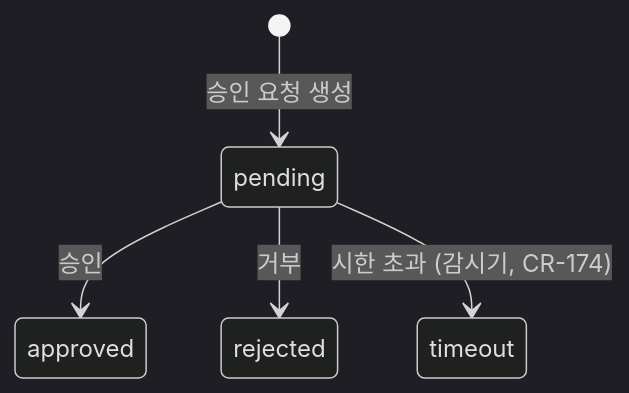
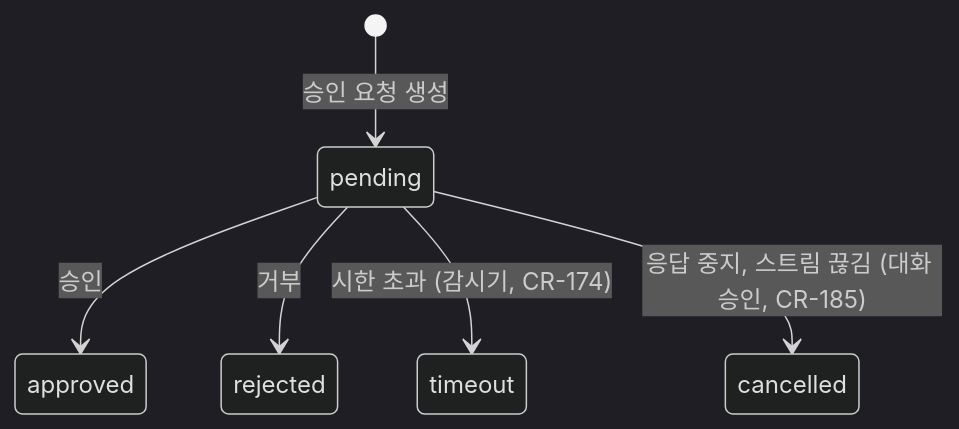
The sixth of 10 diagrams in docs/T1-5_FSM_상태_정의.md (johnnykim7/aimbase), drawn with Mermaid (dark theme) before and after one commit. The commit also changed other lines of this file and 13 other files, not shown here.

````diff
--- a/docs/T1-5_FSM_상태_정의.md
+++ b/docs/T1-5_FSM_상태_정의.md
@@ -213,7 +213,8 @@
 ```mermaid
 stateDiagram-v2
     [*] --> pending : 승인 요청 생성
     pending --> approved : 승인
     pending --> rejected : 거부
     pending --> timeout : 시한 초과 (감시기, CR-174)
+    pending --> cancelled : 응답 중지, 스트림 끊김 (대화 승인, CR-185)
 ```
````
